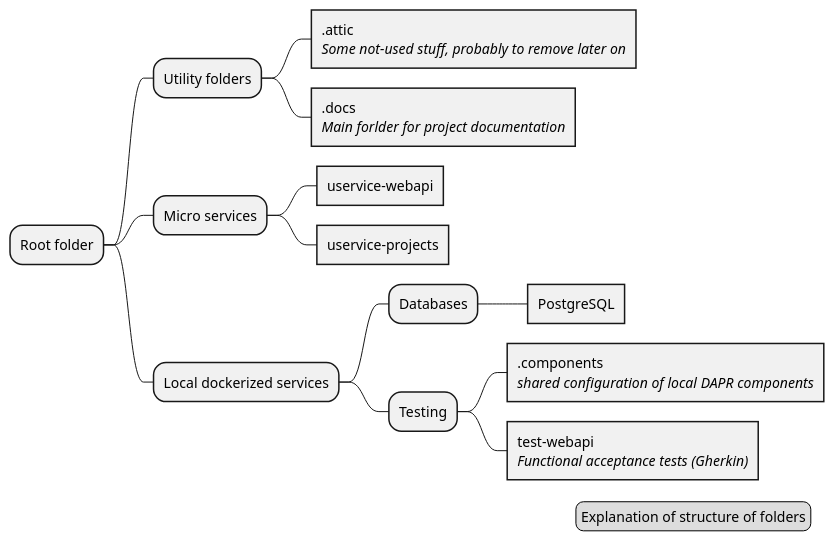
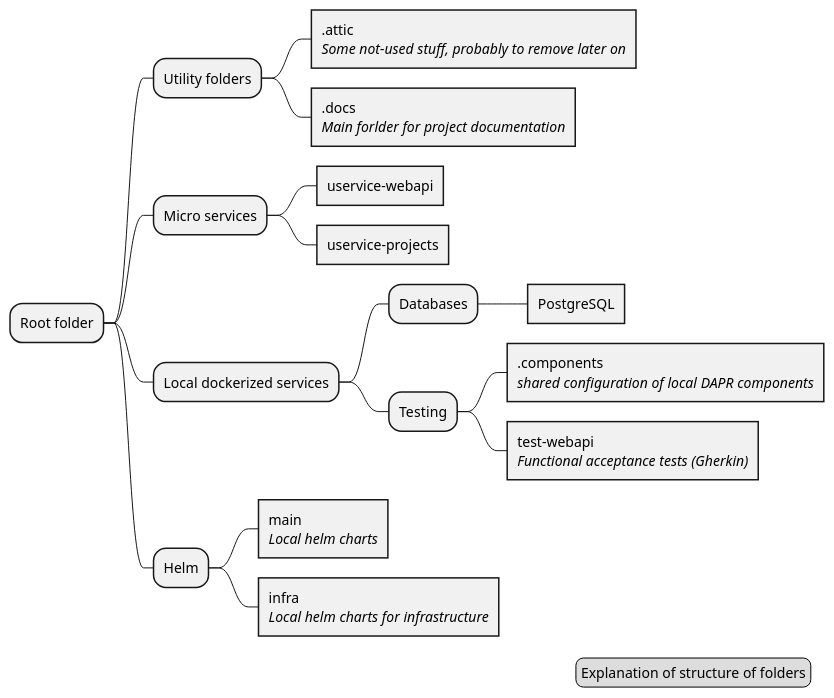
The diagram in structure.puml (onlexnet/sin-net-reports), drawn with PlantUML before and after one commit. The commit also changed 13 other files, not shown here.

```diff
--- a/structure.puml
+++ b/structure.puml
@@ -1,30 +1,35 @@
 @startmindmap
 
 <style>
 leafNode {
     RoundCorner 0
 }
 </style>
 
 + Root folder
 ** Utility folders
 ***:.attic
 <i>Some not-used stuff, probably to remove later on</i>;
 ***:.docs
 <i>Main forlder for project documentation</i>;
 ** Micro services
 *** uservice-webapi
 *** uservice-projects
 ** Local dockerized services
 *** Databases
 **** PostgreSQL
 *** Testing
 ****:.components
 <i>shared configuration of local DAPR components</i>;
 ****:test-webapi
 <i>Functional acceptance tests (Gherkin)</i>;
+** Helm
+***:main
+<i>Local helm charts</i>;
+***:infra
+<i>Local helm charts for infrastructure</i>;
 
 legend right
   Explanation of structure of folders
 endlegend
 @endmindmap
```
